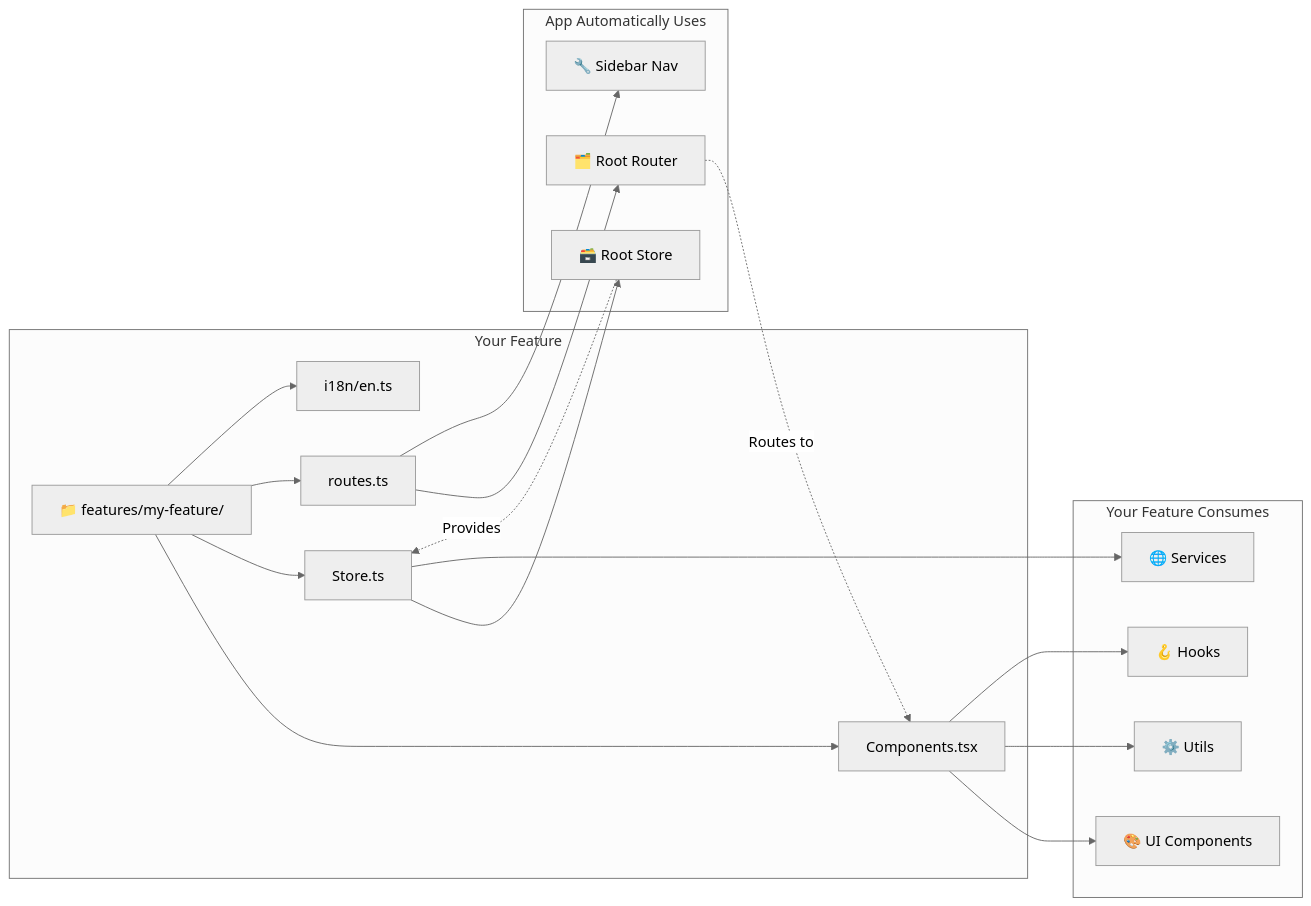
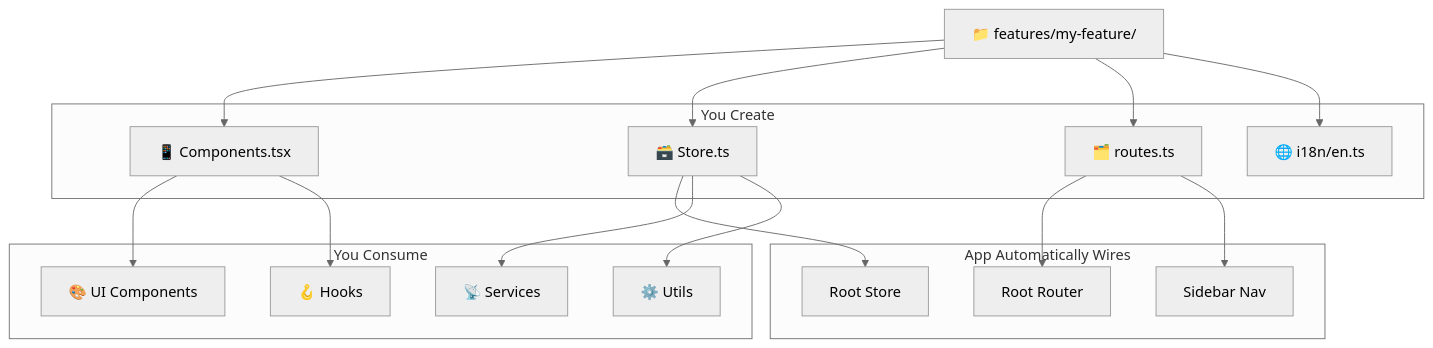
One commit to letanure/react-mobx-starter changed the first of 2 diagrams in README.md. Above: the diagram before and after it, drawn with Mermaid (neutral theme). The commit also changed other lines of this file, not shown here.

First line of the commit message:
docs: refine architecture diagrams to keep only the best 2 options

````diff
--- a/README.md
+++ b/README.md
@@ -122,35 +122,38 @@
 ```mermaid
-graph LR
-    subgraph "Your Feature"
-        F[📁 features/my-feature/]
-        F --> FC[Components.tsx]
-        F --> FS[Store.ts]
-        F --> FR[routes.ts]
-        F --> FI[i18n/en.ts]
+graph TB
+    F[📁 features/my-feature/]
+    
+    subgraph "You Create"
+        FC[📱 Components.tsx]
+        FS[🗃️ Store.ts]
+        FR[🗂️ routes.ts]
+        FI[🌐 i18n/en.ts]
     end
     
-    subgraph "App Automatically Uses"
-        RR[🗂️ Root Router]
-        RS[🗃️ Root Store]
-        SB[🔧 Sidebar Nav]
+    subgraph "App Automatically Wires"
+        RR[Root Router]
+        RS[Root Store]
+        SB[Sidebar Nav]
     end
     
-    subgraph "Your Feature Consumes"
+    subgraph "You Consume"
         UI[🎨 UI Components]
         UT[⚙️ Utils]
-        SV[🌐 Services]
+        SV[📡 Services]
         HK[🪝 Hooks]
     end
+    
+    F --> FC
+    F --> FS
+    F --> FR
+    F --> FI
     
     FR --> RR
     FS --> RS
     FR --> SB
     
     FC --> UI
-    FC --> UT
     FC --> HK
     FS --> SV
-    
-    RR -.->|Routes to| FC
-    RS -.->|Provides| FS
+    FS --> UT
 ```
````
